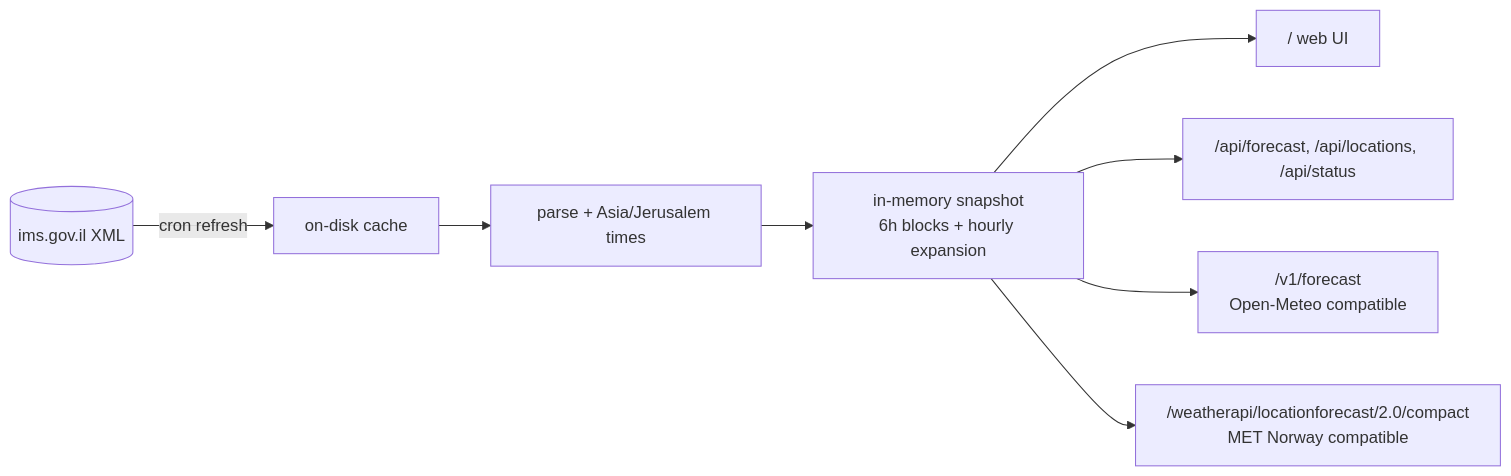
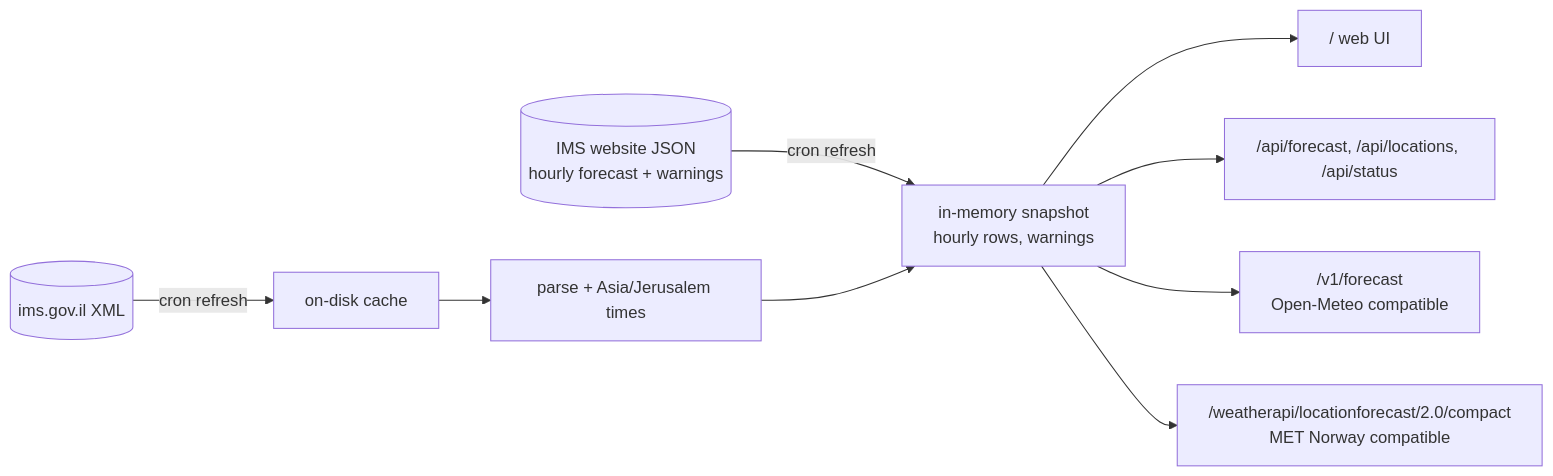
Before and after one commit to barakplasma/israel-weather-rs: the diagram in README.md, drawn with Mermaid. The commit also changed other lines of this file and 22 other files, not shown here.

First line of the commit message:
Server: IMS hourly JSON + warnings, fix XML sample semantics, update all dependencies (#23)

````diff
--- a/README.md
+++ b/README.md
@@ -113,10 +115,11 @@
 ```mermaid
 flowchart LR
   IMS[(ims.gov.il XML)] -->|cron refresh| Cache[on-disk cache]
   Cache --> Parse[parse + Asia/Jerusalem times]
-  Parse --> Snap[in-memory snapshot<br/>6h blocks + hourly expansion]
+  JSON[(IMS website JSON<br/>hourly forecast + warnings)] -->|cron refresh| Snap
+  Parse --> Snap[in-memory snapshot<br/>hourly rows, warnings]
   Snap --> UI["/ web UI"]
   Snap --> Native["/api/forecast, /api/locations, /api/status"]
   Snap --> OM["/v1/forecast<br/>Open-Meteo compatible"]
   Snap --> MET["/weatherapi/locationforecast/2.0/compact<br/>MET Norway compatible"]
 ```
````
